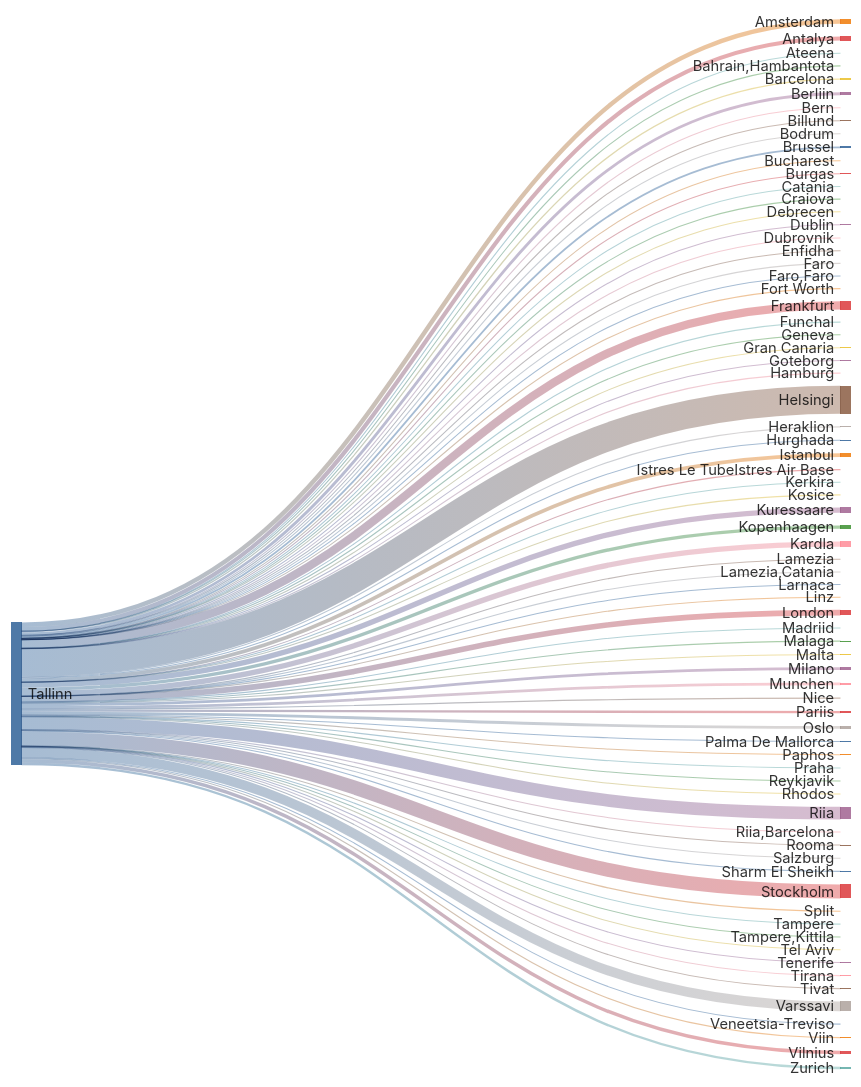
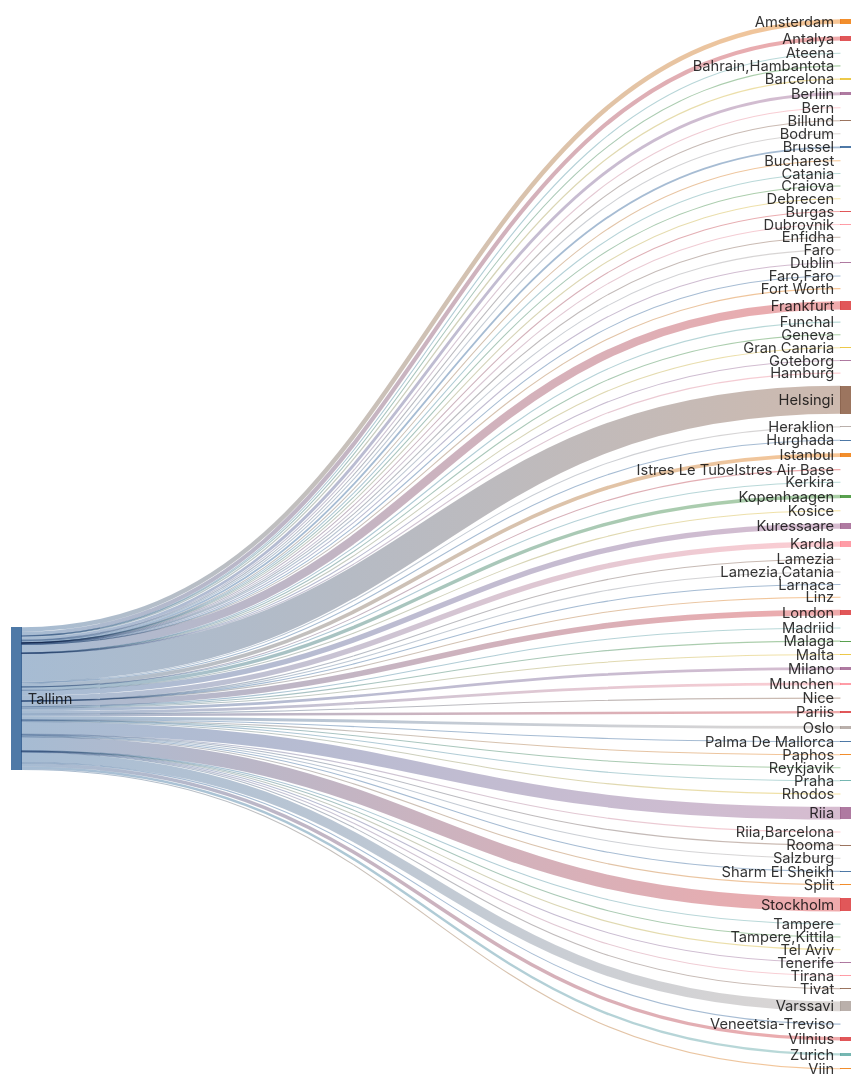
The second of 2 diagrams in README.md (rainermesi/tll-airport-departures), drawn with Mermaid before and after one commit. The commit also changed other lines of this file and 1 other file, not shown here.

````diff
--- a/README.md
+++ b/README.md
@@ -41,16 +41,16 @@
 ---
 sankey-beta
 %% source,target,value
-Tallinn,Amsterdam,427
-Tallinn,Antalya,397
+Tallinn,Amsterdam,429
+Tallinn,Antalya,398
 Tallinn,Ateena,16
 Tallinn,"Bahrain,Hambantota",1
 Tallinn,Barcelona,119
-Tallinn,Berliin,274
+Tallinn,Berliin,276
 Tallinn,Bern,1
 Tallinn,Billund,69
 Tallinn,Bodrum,11
-Tallinn,Brussel,171
+Tallinn,Brussel,172
 Tallinn,Bucharest,1
 Tallinn,Burgas,47
 Tallinn,Catania,2
@@ -62,58 +62,58 @@
 Tallinn,Faro,4
 Tallinn,"Faro,Faro",1
 Tallinn,Fort Worth,1
-Tallinn,Frankfurt,795
+Tallinn,Frankfurt,798
 Tallinn,Funchal,5
 Tallinn,Geneva,13
 Tallinn,Gran Canaria,38
 Tallinn,Goteborg,2
 Tallinn,Hamburg,2
-Tallinn,Helsingi,2698
+Tallinn,Helsingi,2708
 Tallinn,Heraklion,84
 Tallinn,Hurghada,75
-Tallinn,Istanbul,353
+Tallinn,Istanbul,355
 Tallinn,Istres Le TubeIstres Air Base,2
 Tallinn,Kerkira,4
-Tallinn,Kopenhaagen,323
+Tallinn,Kopenhaagen,324
 Tallinn,Kosice,1
-Tallinn,Kuressaare,513
-Tallinn,Kardla,513
+Tallinn,Kuressaare,515
+Tallinn,Kardla,515
 Tallinn,Lamezia,1
 Tallinn,"Lamezia,Catania",3
 Tallinn,Larnaca,4
 Tallinn,Linz,2
-Tallinn,London,534
+Tallinn,London,535
 Tallinn,Madriid,2
 Tallinn,Malaga,107
 Tallinn,Malta,25
 Tallinn,Milano,264
-Tallinn,Munchen,265
+Tallinn,Munchen,267
 Tallinn,Nice,44
-Tallinn,Oslo,276
+Tallinn,Oslo,277
 Tallinn,Palma De Mallorca,29
 Tallinn,Paphos,66
-Tallinn,Pariis,229
+Tallinn,Pariis,231
 Tallinn,Praha,74
 Tallinn,Reykjavik,12
-Tallinn,Rhodos,51
-Tallinn,Riia,1210
+Tallinn,Rhodos,52
+Tallinn,Riia,1214
 Tallinn,"Riia,Barcelona",1
 Tallinn,Rooma,80
 Tallinn,Salzburg,14
 Tallinn,Sharm El Sheikh,99
 Tallinn,Split,45
-Tallinn,Stockholm,1333
+Tallinn,Stockholm,1337
 Tallinn,Tampere,17
 Tallinn,"Tampere,Kittila",21
 Tallinn,Tel Aviv,2
 Tallinn,Tenerife,58
-Tallinn,Tirana,25
-Tallinn,Tivat,54
-Tallinn,Varssavi,930
+Tallinn,Tirana,26
+Tallinn,Tivat,55
+Tallinn,Varssavi,933
 Tallinn,Veneetsia-Treviso,67
 Tallinn,Viin,106
-Tallinn,Vilnius,333
-Tallinn,Zurich,235
+Tallinn,Vilnius,335
+Tallinn,Zurich,236
 
 
 ```
````
